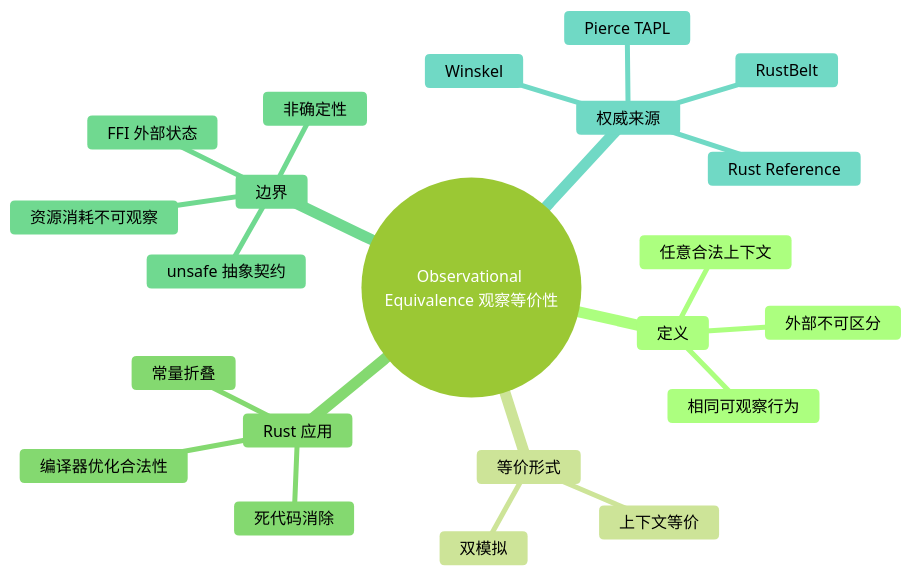
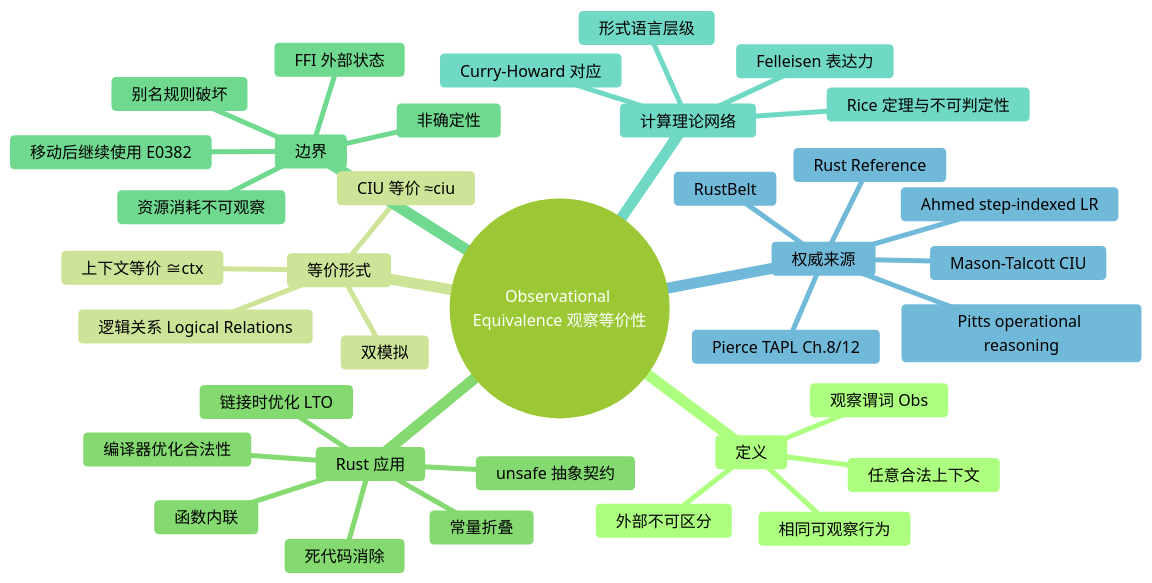
The diagram in concept/04_formal/03_operational_semantics/06_observational_equivalence.md (martin-ly/rust-lang), drawn with Mermaid (forest theme) before and after one commit. The commit also changed other lines of this file and 28 other files, not shown here.

````diff
--- a/concept/04_formal/03_operational_semantics/06_observational_equivalence.md
+++ b/concept/04_formal/03_operational_semantics/06_observational_equivalence.md
@@ -267,25 +488,39 @@
 ```mermaid
 mindmap
   root((Observational Equivalence 观察等价性))
     定义
       外部不可区分
       任意合法上下文
       相同可观察行为
+      观察谓词 Obs
     等价形式
-      上下文等价
+      上下文等价 ≅ctx
       双模拟
+      CIU 等价 ≈ciu
+      逻辑关系 Logical Relations
     Rust 应用
       编译器优化合法性
       常量折叠
       死代码消除
+      函数内联
+      链接时优化 LTO
+      unsafe 抽象契约
     边界
-      unsafe 抽象契约
       非确定性
       FFI 外部状态
       资源消耗不可观察
+      别名规则破坏
+      移动后继续使用 E0382
+    计算理论网络
+      Rice 定理与不可判定性
+      Felleisen 表达力
+      Curry-Howard 对应
+      形式语言层级
     权威来源
-      Pierce TAPL
-      Winskel
+      Pierce TAPL Ch.8/12
+      Ahmed step-indexed LR
+      Pitts operational reasoning
+      Mason-Talcott CIU
       RustBelt
       Rust Reference
 ```
````
